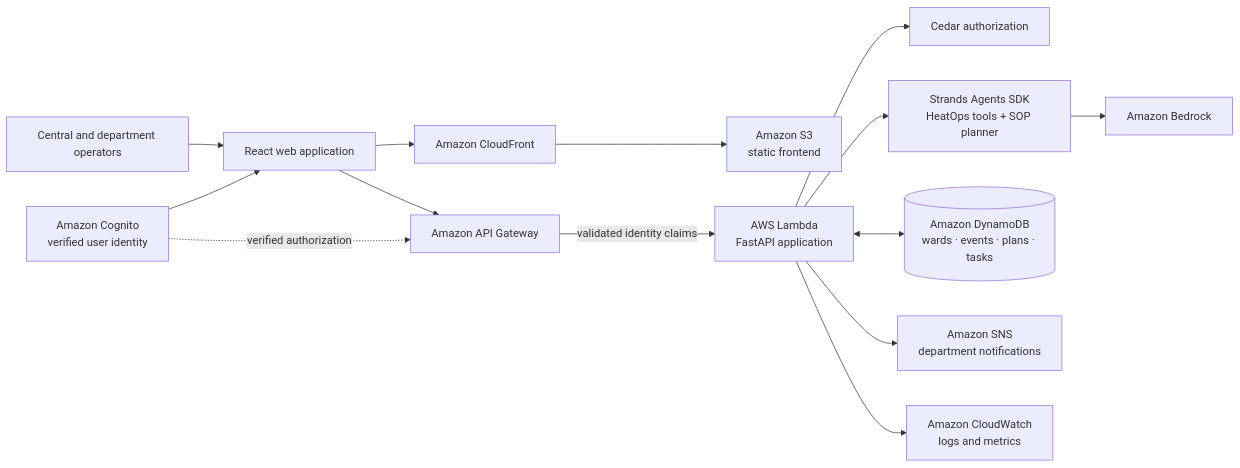
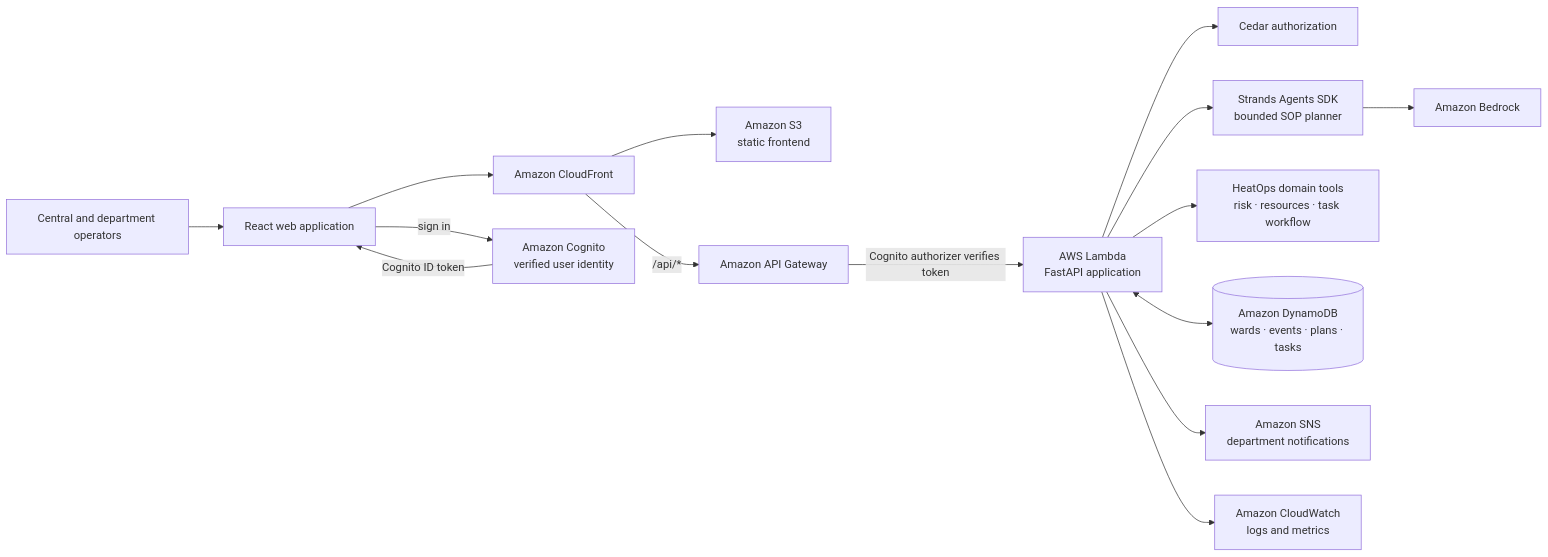
Before and after one commit to ChayanDass/bharat_build_project: the diagram in README.md, drawn with Mermaid. The commit also changed other lines of this file and 23 other files, not shown here.

````diff
--- a/README.md
+++ b/README.md
@@ -50,30 +50,32 @@
 ```mermaid
 flowchart LR
     People["Central and department operators"]
     Web["React web application"]
     CDN["Amazon CloudFront"]
     Static["Amazon S3<br/>static frontend"]
     Gateway["Amazon API Gateway"]
     Lambda["AWS Lambda<br/>FastAPI application"]
     Policy["Cedar authorization"]
-    Agent["Strands Agents SDK<br/>HeatOps tools + SOP planner"]
+    Agent["Strands Agents SDK<br/>bounded SOP planner"]
+    Tools["HeatOps domain tools<br/>risk · resources · task workflow"]
     Model["Amazon Bedrock"]
     Data[("Amazon DynamoDB<br/>wards · events · plans · tasks")]
     Notify["Amazon SNS<br/>department notifications"]
     Identity["Amazon Cognito<br/>verified user identity"]
     Logs["Amazon CloudWatch<br/>logs and metrics"]
 
     People --> Web
     Web --> CDN
     CDN --> Static
-    Web --> Gateway
-    Identity --> Web
-    Identity -. verified authorization .-> Gateway
-    Gateway -->|validated identity claims| Lambda
+    CDN -->|/api/*| Gateway
+    Web -->|sign in| Identity
+    Identity -->|Cognito ID token| Web
+    Gateway -->|Cognito authorizer verifies token| Lambda
     Lambda --> Policy
     Lambda --> Agent
+    Lambda --> Tools
     Agent --> Model
     Lambda <--> Data
     Lambda --> Notify
     Lambda --> Logs
 ```
````
